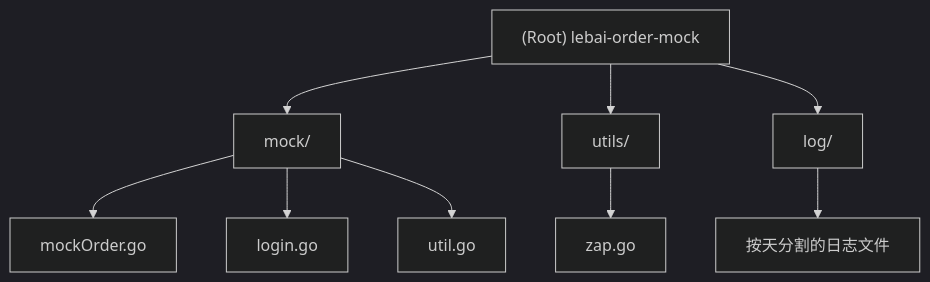
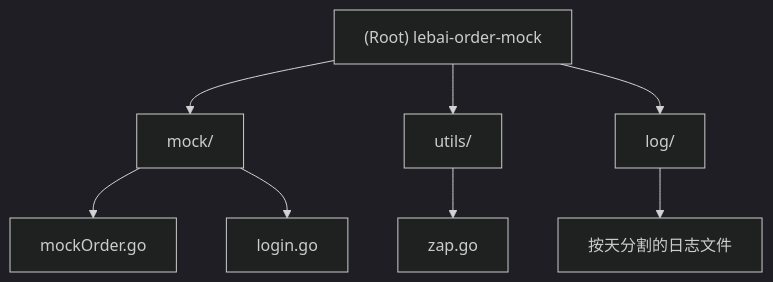
One commit to xiaoFeng5210/place-orders-in-batches changed the diagram in CLAUDE.md. Above: the diagram before and after it, drawn with Mermaid (dark theme). The commit also changed other lines of this file and 1 other file, not shown here.

````diff
--- a/CLAUDE.md
+++ b/CLAUDE.md
@@ -20,14 +20,13 @@
 ```mermaid
 graph TD
     A["(Root) lebai-order-mock"] --> B["mock/"];
     A --> C["utils/"];
     A --> D["log/"];
     B --> E["mockOrder.go"];
     B --> F["login.go"];
-    B --> G["util.go"];
-    C --> H["zap.go"];
-    D --> I["按天分割的日志文件"];
+    C --> G["zap.go"];
+    D --> H["按天分割的日志文件"];
 
     click E "#mock-package" "查看订单模拟模块"
-    click H "#utils-package" "查看工具类模块"
+    click G "#utils-package" "查看工具类模块"
 ```
````
